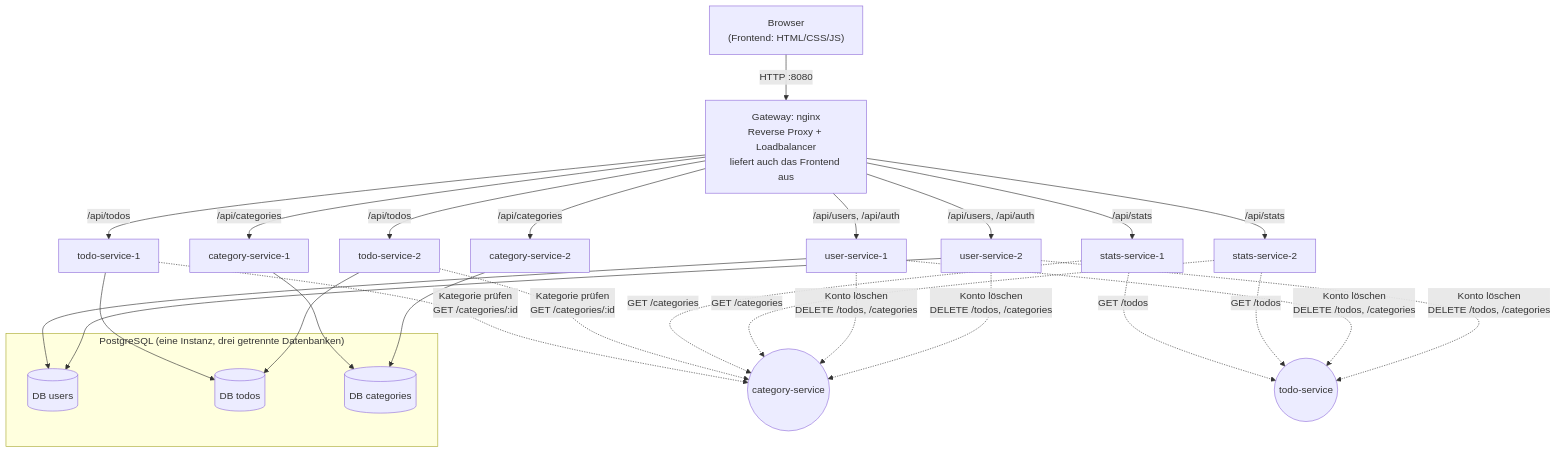
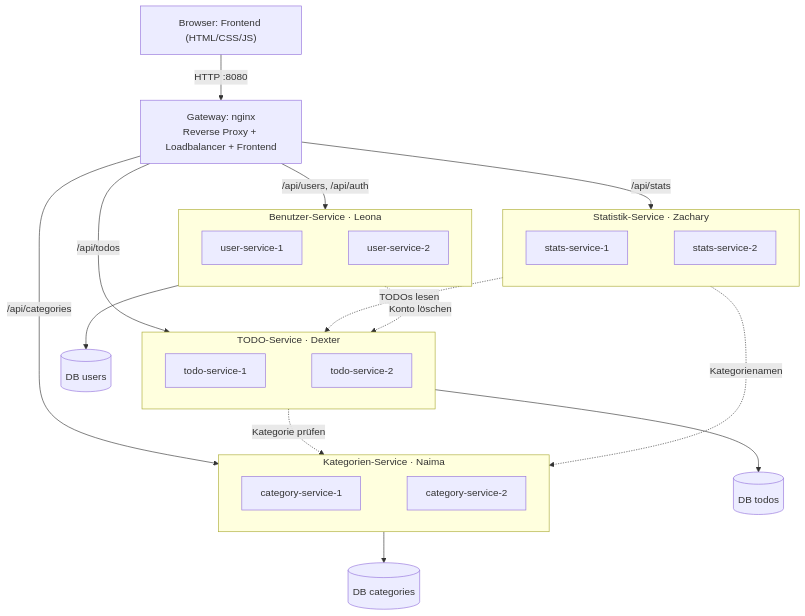
The first of 2 diagrams in docs/dokumentation.md (dexter-zurbruegg/M321_LB2_Leona_Zachary_Naima_Dexter), drawn with Mermaid before and after one commit. The commit also changed other lines of this file and 1 other file, not shown here.

Commit message:
docs: Übersichtsdiagramm vereinfacht (ein Block pro Service)

````diff
--- a/docs/dokumentation.md
+++ b/docs/dokumentation.md
@@ -96,20 +96,31 @@
 ```mermaid
-flowchart TD
-    B["Browser<br/>(Frontend: HTML/CSS/JS)"] -->|"HTTP :8080"| G["Gateway: nginx<br/>Reverse Proxy + Loadbalancer<br/>liefert auch das Frontend aus"]
-    G -->|"/api/users, /api/auth"| U1["user-service-1"] & U2["user-service-2"]
-    G -->|"/api/todos"| T1["todo-service-1"] & T2["todo-service-2"]
-    G -->|"/api/categories"| K1["category-service-1"] & K2["category-service-2"]
-    G -->|"/api/stats"| S1["stats-service-1"] & S2["stats-service-2"]
-    T1 & T2 -.->|"Kategorie prüfen<br/>GET /categories/:id"| KS(("category-service"))
-    S1 & S2 -.->|"GET /todos"| TS(("todo-service"))
-    S1 & S2 -.->|"GET /categories"| KS
-    U1 & U2 -.->|"Konto löschen<br/>DELETE /todos, /categories"| TS & KS
-    U1 & U2 --> DBU[("DB users")]
-    T1 & T2 --> DBT[("DB todos")]
-    K1 & K2 --> DBK[("DB categories")]
-    subgraph PG["PostgreSQL (eine Instanz, drei getrennte Datenbanken)"]
-      DBU
-      DBT
-      DBK
+flowchart TB
+    B["Browser: Frontend (HTML/CSS/JS)"] -->|"HTTP :8080"| G["Gateway: nginx<br/>Reverse Proxy + Loadbalancer + Frontend"]
+    subgraph US["Benutzer-Service · Leona"]
+        direction LR
+        U1[user-service-1] ~~~ U2[user-service-2]
     end
+    subgraph TS["TODO-Service · Dexter"]
+        direction LR
+        T1[todo-service-1] ~~~ T2[todo-service-2]
+    end
+    subgraph KS["Kategorien-Service · Naima"]
+        direction LR
+        K1[category-service-1] ~~~ K2[category-service-2]
+    end
+    subgraph SS["Statistik-Service · Zachary"]
+        direction LR
+        S1[stats-service-1] ~~~ S2[stats-service-2]
+    end
+    G -->|"/api/users, /api/auth"| US
+    G -->|"/api/todos"| TS
+    G -->|"/api/categories"| KS
+    G -->|"/api/stats"| SS
+    TS -.->|"Kategorie prüfen"| KS
+    SS -.->|"TODOs lesen"| TS
+    SS -.->|"Kategorienamen"| KS
+    US -.->|"Konto löschen"| TS
+    US --> DBU[("DB users")]
+    TS --> DBT[("DB todos")]
+    KS --> DBK[("DB categories")]
 ```
````
